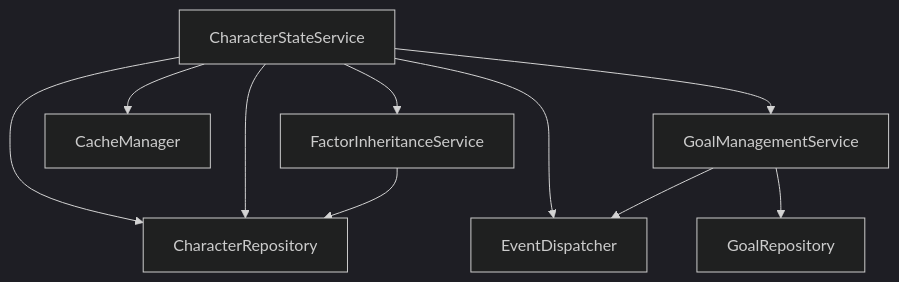
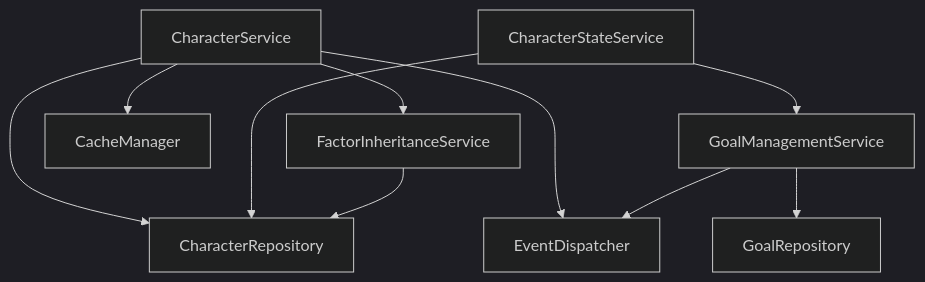
One commit to exatfrds67/umamusume-career-planner changed the sixth of 7 diagrams in docs/01-tech-flow/TECH-FLOW-001_Character_Management_Flow.md. Above: the diagram before and after it, drawn with Mermaid (dark theme). The commit also changed other lines of this file and 58 other files, not shown here.

Commit message:
docs(flow): fix markdownlint errors in diagrams, flows, sequences, tech-flow, user-flows, and wireframes

````diff
--- a/docs/01-tech-flow/TECH-FLOW-001_Character_Management_Flow.md
+++ b/docs/01-tech-flow/TECH-FLOW-001_Character_Management_Flow.md
@@ -1187,15 +1187,15 @@
 ```mermaid
 flowchart TD
-    CharacterStateService --> CharacterRepository
-    CharacterStateService --> FactorInheritanceService
-    CharacterStateService --> CacheManager
-    CharacterStateService --> EventDispatcher
+    CharacterService --> CharacterRepository
+    CharacterService --> FactorInheritanceService
+    CharacterService --> CacheManager
+    CharacterService --> EventDispatcher
     
     CharacterStateService --> CharacterRepository
     CharacterStateService --> GoalManagementService
     
     FactorInheritanceService --> CharacterRepository
     
     GoalManagementService --> GoalRepository
     GoalManagementService --> EventDispatcher
 ```
````
